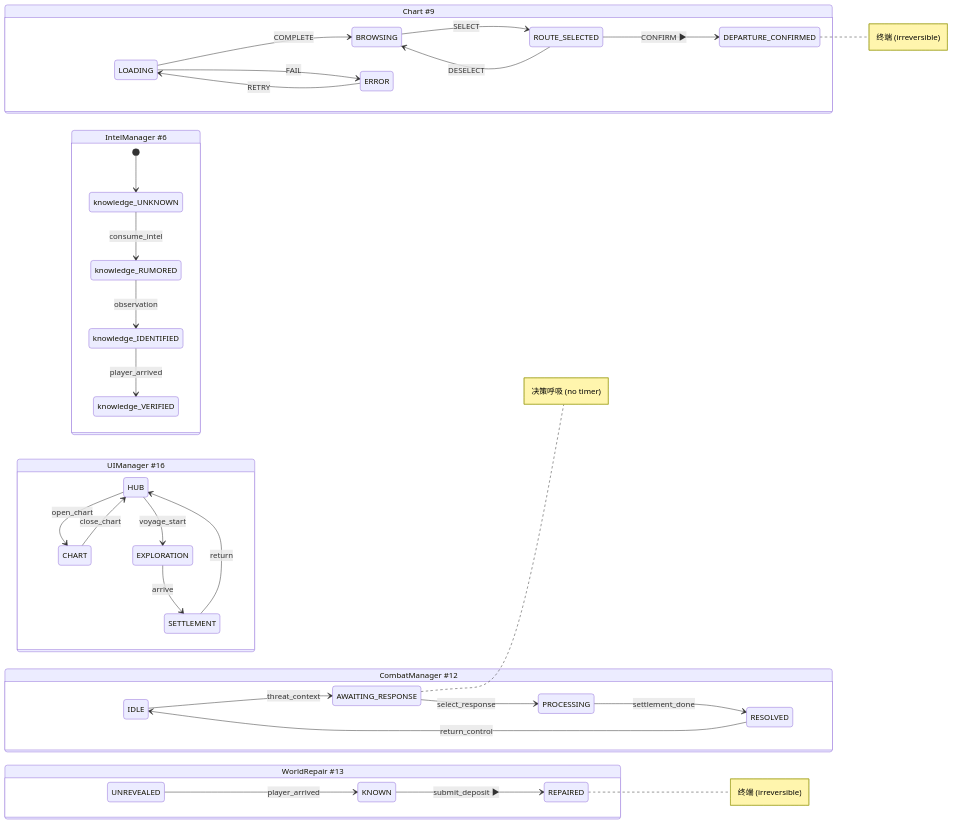
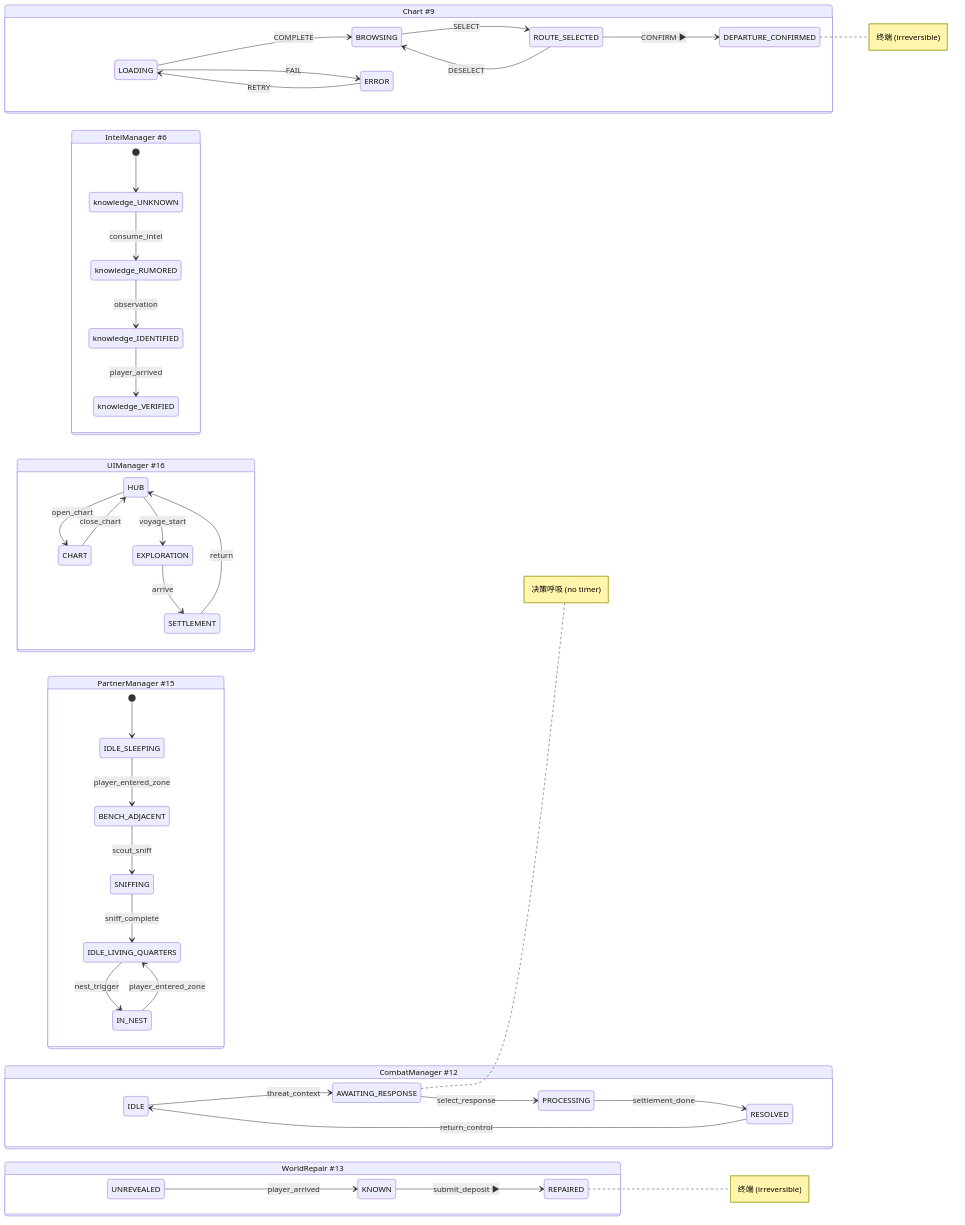
One commit to lieinsay/Claude-Code-Game-Studios changed the fourth of 9 diagrams in docs/document-index.md. Above: the diagram before and after it, drawn with Mermaid. The commit also changed other lines of this file and 34 other files, not shown here.

````diff
--- a/docs/document-index.md
+++ b/docs/document-index.md
@@ -344,49 +363,59 @@
 ```mermaid
 stateDiagram-v2
     direction LR
 
     state "Chart #9" as CH
     state "WorldRepair #13" as WR
     state "CombatManager #12" as CBT
     state "IntelManager #6" as INTEL
     state "UIManager #16" as UI
+    state "PartnerManager #15" as PT
 
     state CH {
         LOADING --> BROWSING: COMPLETE
         LOADING --> ERROR: FAIL
         BROWSING --> ROUTE_SELECTED: SELECT
         ROUTE_SELECTED --> BROWSING: DESELECT
         ROUTE_SELECTED --> DEPARTURE_CONFIRMED: CONFIRM ▶
         ERROR --> LOADING: RETRY
         note right of DEPARTURE_CONFIRMED: 终端 (irreversible)
     }
 
     state WR {
         UNREVEALED --> KNOWN: player_arrived
         KNOWN --> REPAIRED: submit_deposit ▶
         note right of REPAIRED: 终端 (irreversible)
     }
 
     state CBT {
         IDLE --> AWAITING_RESPONSE: threat_context
         AWAITING_RESPONSE --> PROCESSING: select_response
         PROCESSING --> RESOLVED: settlement_done
         RESOLVED --> IDLE: return_control
         note right of AWAITING_RESPONSE: 决策呼吸 (no timer)
     }
 
     state INTEL {
         [*] --> knowledge_UNKNOWN
         knowledge_UNKNOWN --> knowledge_RUMORED: consume_intel
         knowledge_RUMORED --> knowledge_IDENTIFIED: observation
         knowledge_IDENTIFIED --> knowledge_VERIFIED: player_arrived
     }
 
     state UI {
         HUB --> CHART: open_chart
         CHART --> HUB: close_chart
         HUB --> EXPLORATION: voyage_start
         EXPLORATION --> SETTLEMENT: arrive
         SETTLEMENT --> HUB: return
     }
+
+    state PT {
+        [*] --> IDLE_SLEEPING
+        IDLE_SLEEPING --> BENCH_ADJACENT: player_entered_zone
+        BENCH_ADJACENT --> SNIFFING: scout_sniff
+        SNIFFING --> IDLE_LIVING_QUARTERS: sniff_complete
+        IDLE_LIVING_QUARTERS --> IN_NEST: nest_trigger
+        IN_NEST --> IDLE_LIVING_QUARTERS: player_entered_zone
+    }
 ```
````
